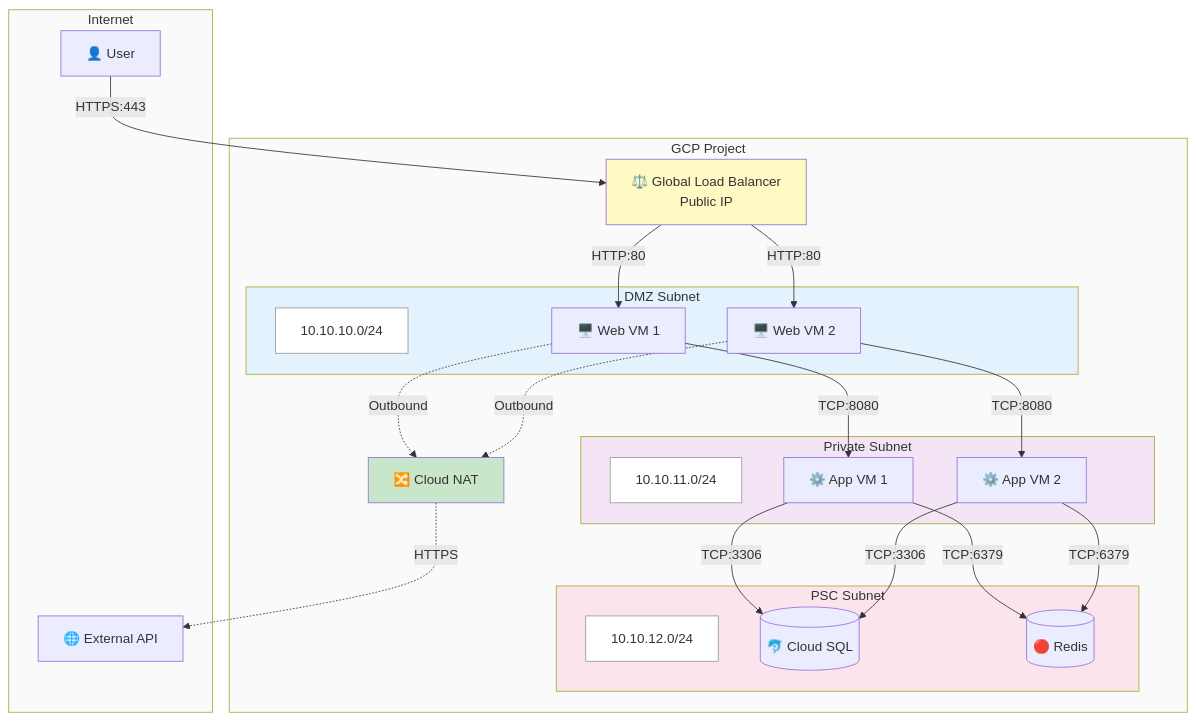
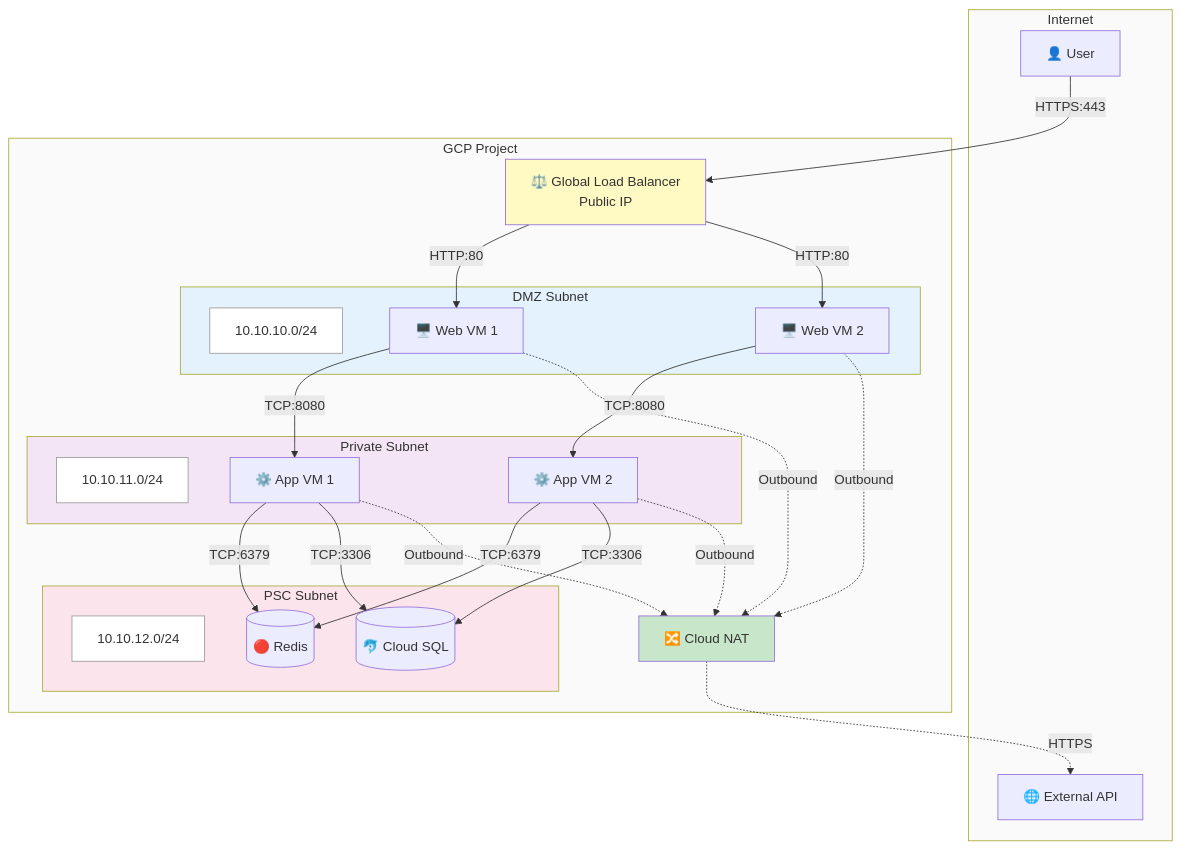
The second of 9 diagrams in terraform_gcp_infra/docs/architecture/network-design.md (JSJ2337/GCP_terraform_code), drawn with Mermaid before and after one commit.

Commit message:
docs: 트래픽 흐름도에 App VM → Cloud NAT 연결 추가
실제 설정: nat_subnet_self_links에 DMZ + Private 서브넷 모두 포함
- APP1 -.->|Outbound| NAT
- APP2 -.->|Outbound| NAT

````diff
--- a/terraform_gcp_infra/docs/architecture/network-design.md
+++ b/terraform_gcp_infra/docs/architecture/network-design.md
@@ -199,58 +199,60 @@
 ```mermaid
 %%{init: {'theme': 'default'}}%%
 flowchart TB
     subgraph Internet["Internet"]
         USER[👤 User]
         API[🌐 External API]
     end
 
     subgraph GCP["GCP Project"]
         LB[⚖️ Global Load Balancer<br/>Public IP]
         NAT[🔀 Cloud NAT]
 
         subgraph DMZ["DMZ Subnet"]
             DMZ_CIDR[10.10.10.0/24]
             WEB1[🖥️ Web VM 1]
             WEB2[🖥️ Web VM 2]
         end
 
         subgraph Private["Private Subnet"]
             PRIV_CIDR[10.10.11.0/24]
             APP1[⚙️ App VM 1]
             APP2[⚙️ App VM 2]
         end
 
         subgraph PSC["PSC Subnet"]
             PSC_CIDR[10.10.12.0/24]
             SQL[(🐬 Cloud SQL)]
             REDIS[(🔴 Redis)]
         end
     end
 
     %% Ingress Flow
     USER -->|HTTPS:443| LB
     LB -->|HTTP:80| WEB1
     LB -->|HTTP:80| WEB2
     WEB1 -->|TCP:8080| APP1
     WEB2 -->|TCP:8080| APP2
     APP1 -->|TCP:6379| REDIS
     APP2 -->|TCP:6379| REDIS
     APP1 -->|TCP:3306| SQL
     APP2 -->|TCP:3306| SQL
 
     %% Egress Flow
     WEB1 -.->|Outbound| NAT
     WEB2 -.->|Outbound| NAT
+    APP1 -.->|Outbound| NAT
+    APP2 -.->|Outbound| NAT
     NAT -.->|HTTPS| API
 
     style Internet fill:#fafafa
     style GCP fill:#fafafa
     style DMZ fill:#e3f2fd
     style Private fill:#f3e5f5
     style PSC fill:#fce4ec
     style LB fill:#fff9c4
     style NAT fill:#c8e6c9
     style DMZ_CIDR fill:#fff,stroke:#999
     style PRIV_CIDR fill:#fff,stroke:#999
     style PSC_CIDR fill:#fff,stroke:#999
 ```
````
